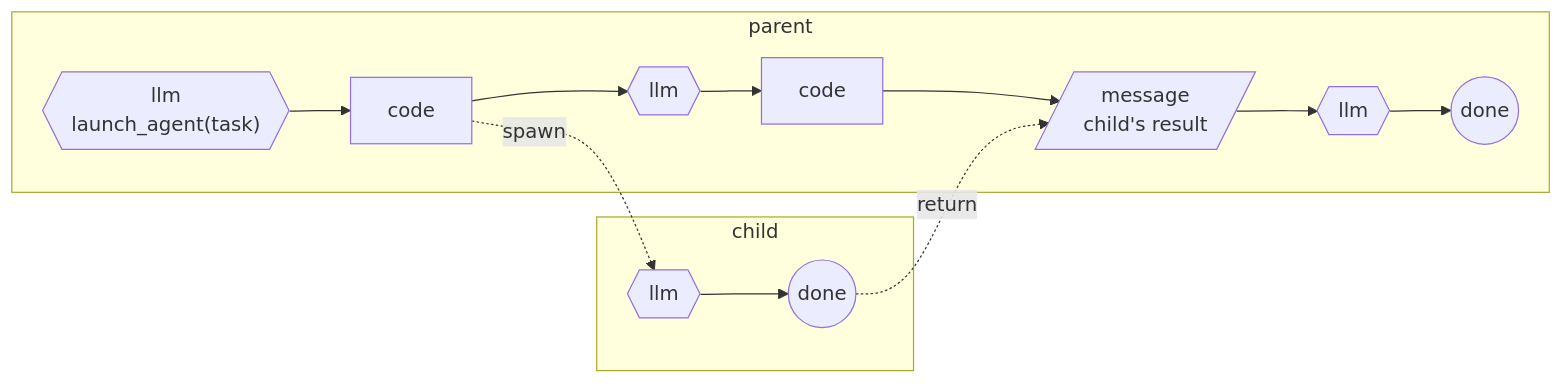
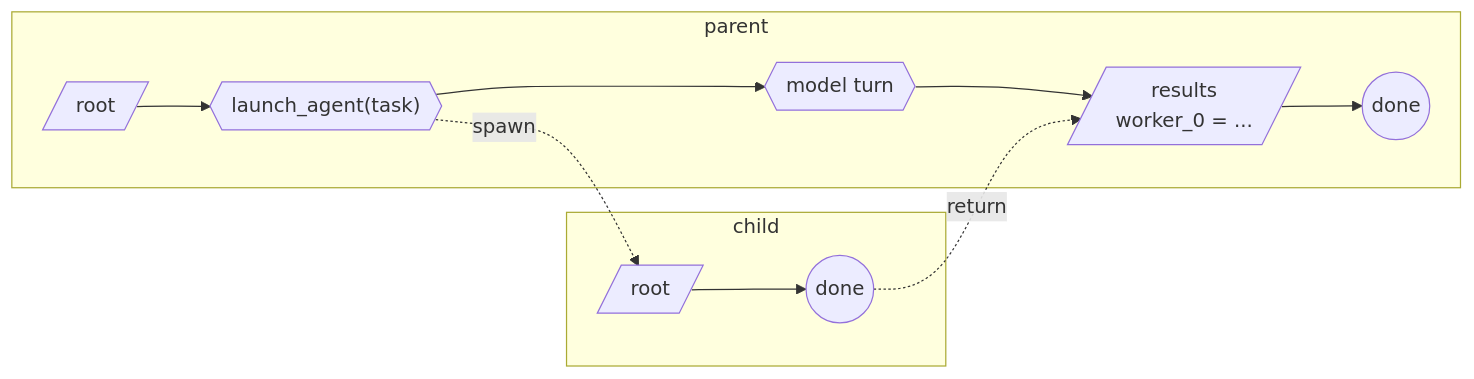
Before and after one commit to shyamsn97/rlmflow: the third of 5 diagrams in README.md, drawn with Mermaid. The commit also changed other lines of this file and 89 other files, not shown here.

````diff
--- a/README.md
+++ b/README.md
@@ -306,11 +307,11 @@
 ```mermaid
 flowchart LR
   subgraph parent
-    p1{{"llm<br/>launch_agent(task)"}} --> p2[code] --> p3{{llm}} --> p4[code] --> p5[/"message<br/>child's result"/] --> p6{{llm}} --> p7((done))
+    p0[/root/] --> p1{{"launch_agent(task)"}} --> p2{{model turn}} --> p3[/"results<br/>worker_0 = ..."/] --> p4((done))
   end
   subgraph child
-    c1{{llm}} --> c2((done))
+    c0[/root/] --> c1((done))
   end
-  p2 -. spawn .-> c1
-  c2 -. return .-> p5
+  p1 -. spawn .-> c0
+  c1 -. return .-> p3
 ```
````
